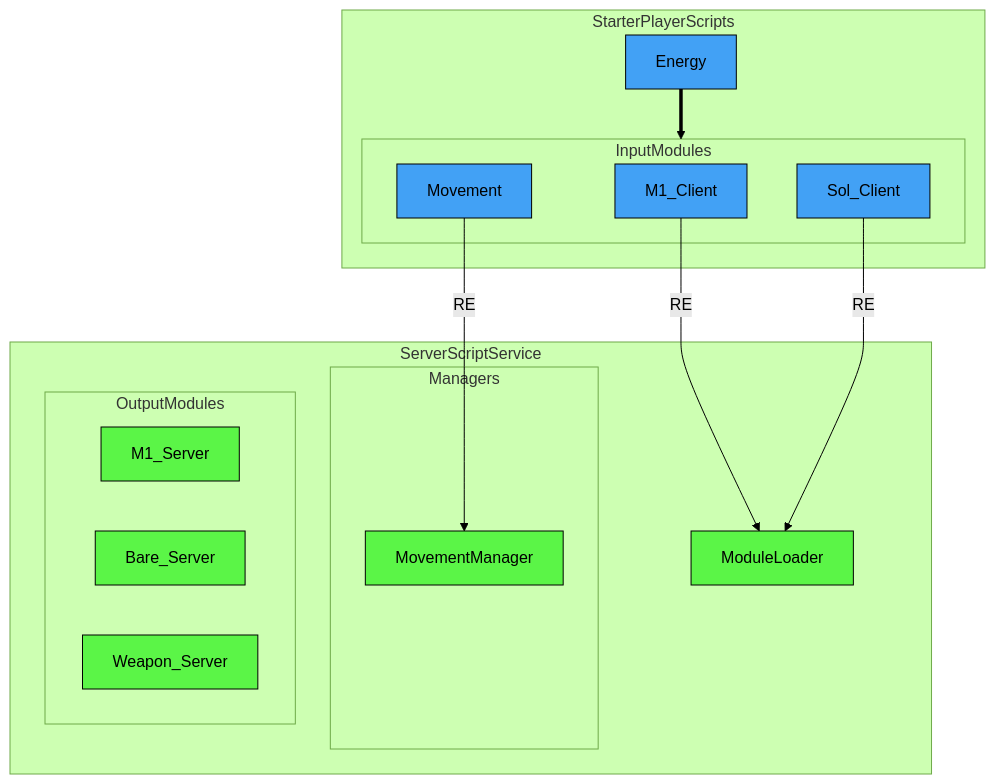
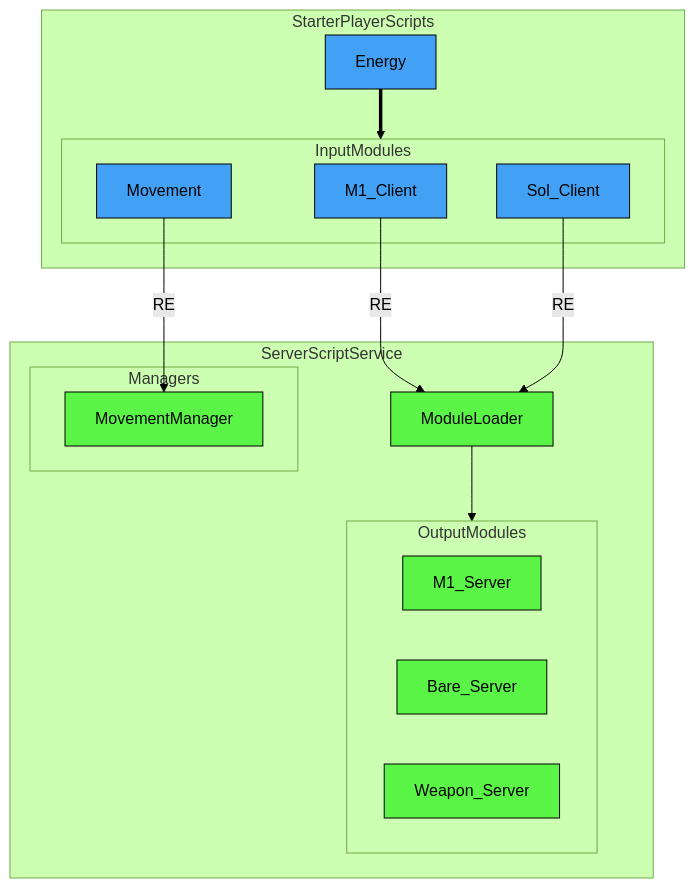
The second of 6 diagrams in docs/diagrams.md (altair5607249/Crusaders-Game), drawn with Mermaid (forest theme) before and after one commit.

Commit message:
Add arrow to diagrams.md
from now on, i'll try to use the bare infinitive form for verbs in my commit messages...

````diff
--- a/docs/diagrams.md
+++ b/docs/diagrams.md
@@ -77,39 +77,41 @@
 ```mermaid
 flowchart TB;
 
   classDef serverNode fill:#5bf547,stroke:#000000,color:#000000
   classDef clientNode fill:#42a1f5,stroke:#000000,color:#000000
 
   subgraph StarterPlayerScripts
     Energy;
 
     subgraph InputModules
       M1_Client;
       Sol_Client;
       Movement;
     end
   end
 
   subgraph ServerScriptService
     ModuleLoader;
 
     subgraph Managers
       MovementManager;
     end
 
     subgraph OutputModules
       M1_Server;
       Bare_Server;
       Weapon_Server;
     end
   end
 
   Energy==>InputModules
 
   M1_Client-->|RE| ModuleLoader
   Sol_Client-->|RE| ModuleLoader
   Movement-->|RE| MovementManager
 
+  ModuleLoader-->OutputModules
+
   class ModuleLoader,MovementManager,M1_Server,Bare_Server,Weapon_Server serverNode;
   class Energy,M1_Client,Sol_Client,Movement clientNode;
 ```
````
